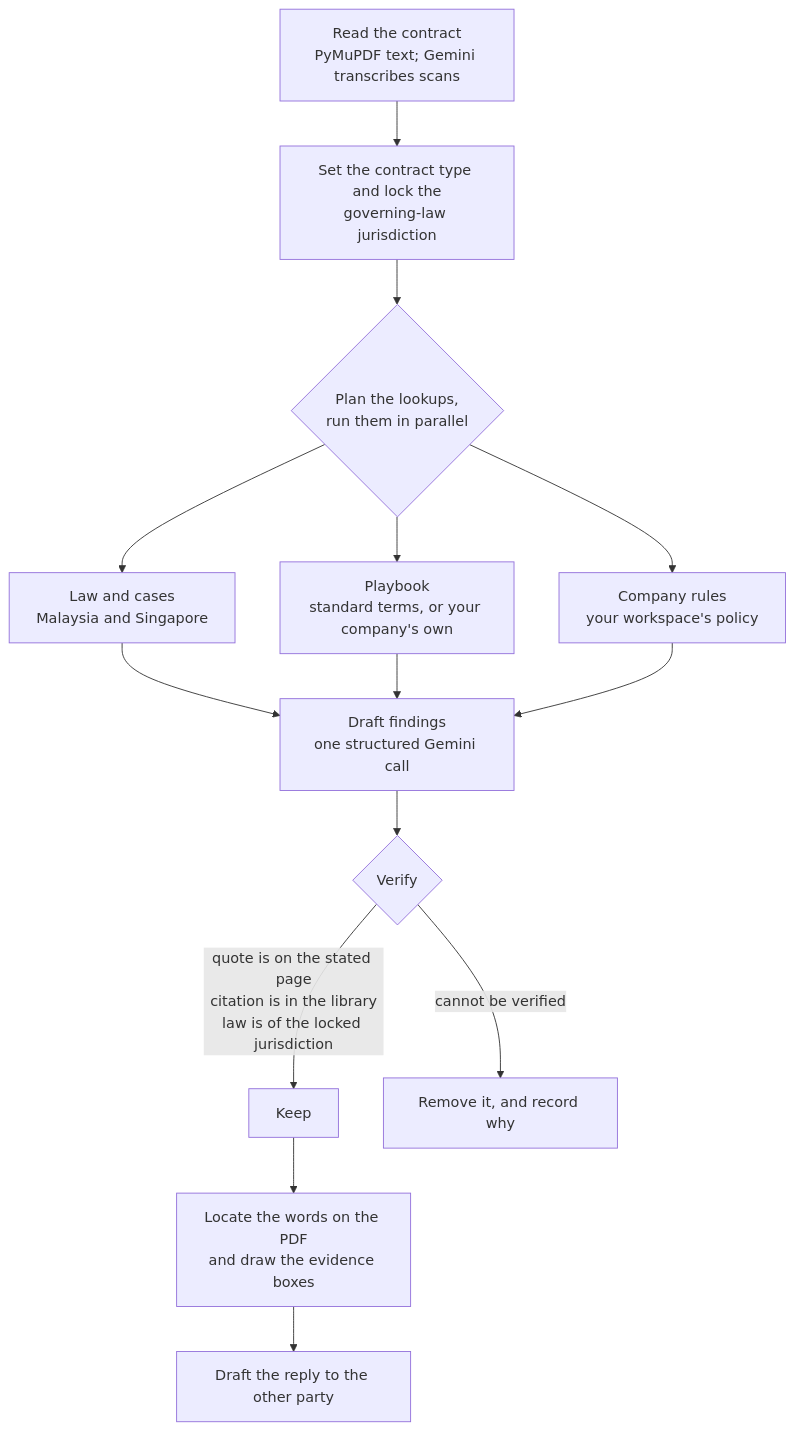
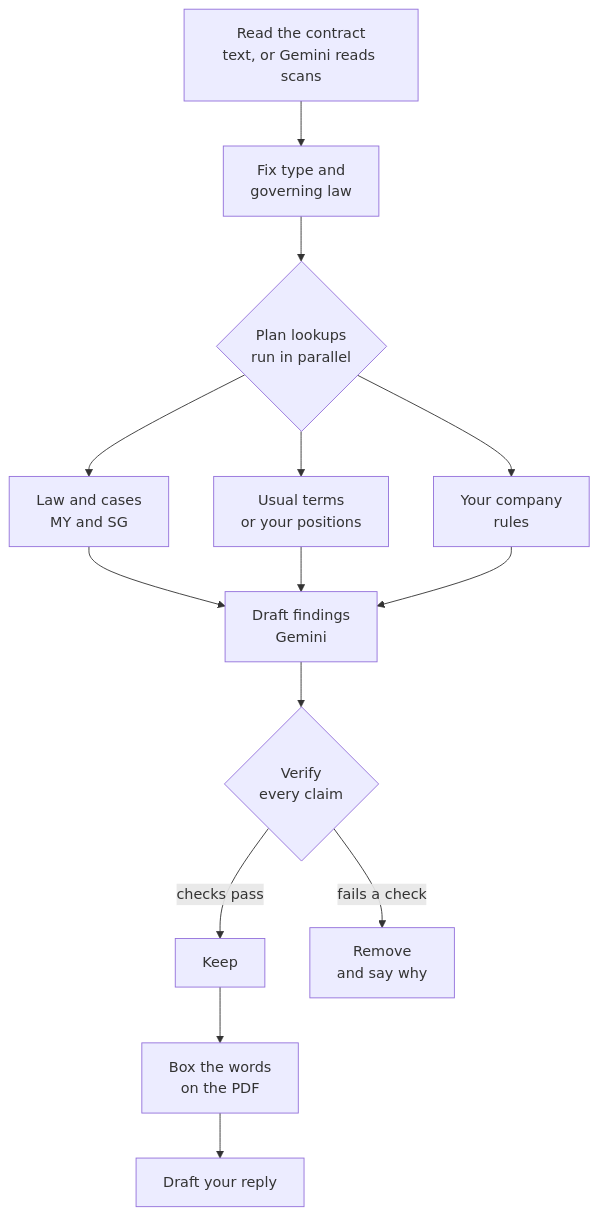
The first of 2 diagrams in README.md (nt-codee/contract-copilot), drawn with Mermaid before and after one commit. The commit also changed other lines of this file and 12 other files, not shown here.

Commit message:
README diagrams fit their shapes; stage illustration; no-cache pages; read-only demo

````diff
--- a/README.md
+++ b/README.md
@@ -81,16 +81,16 @@
 ```mermaid
 flowchart TD
-  A[Read the contract<br/>PyMuPDF text; Gemini transcribes scans] --> B[Set the contract type and lock the<br/>governing-law jurisdiction]
-  B --> C{Plan the lookups,<br/>run them in parallel}
-  C --> L[Law and cases<br/>Malaysia and Singapore]
-  C --> P[Playbook<br/>standard terms, or your company's own]
-  C --> R[Company rules<br/>your workspace's policy]
-  L --> D[Draft findings<br/>one structured Gemini call]
+  A["Read the contract<br/>text, or Gemini reads scans"] --> B["Fix type and<br/>governing law"]
+  B --> C{"Plan lookups<br/>run in parallel"}
+  C --> L["Law and cases<br/>MY and SG"]
+  C --> P["Usual terms<br/>or your positions"]
+  C --> R["Your company<br/>rules"]
+  L --> D["Draft findings<br/>Gemini"]
   P --> D
   R --> D
-  D --> V{Verify}
-  V -->|quote is on the stated page<br/>citation is in the library<br/>law is of the locked jurisdiction| K[Keep]
-  V -->|cannot be verified| X[Remove it, and record why]
-  K --> E[Locate the words on the PDF<br/>and draw the evidence boxes]
-  E --> M[Draft the reply to the other party]
+  D --> V{"Verify<br/>every claim"}
+  V -->|checks pass| K["Keep"]
+  V -->|fails a check| X["Remove<br/>and say why"]
+  K --> E["Box the words<br/>on the PDF"]
+  E --> M["Draft your reply"]
 ```
````
